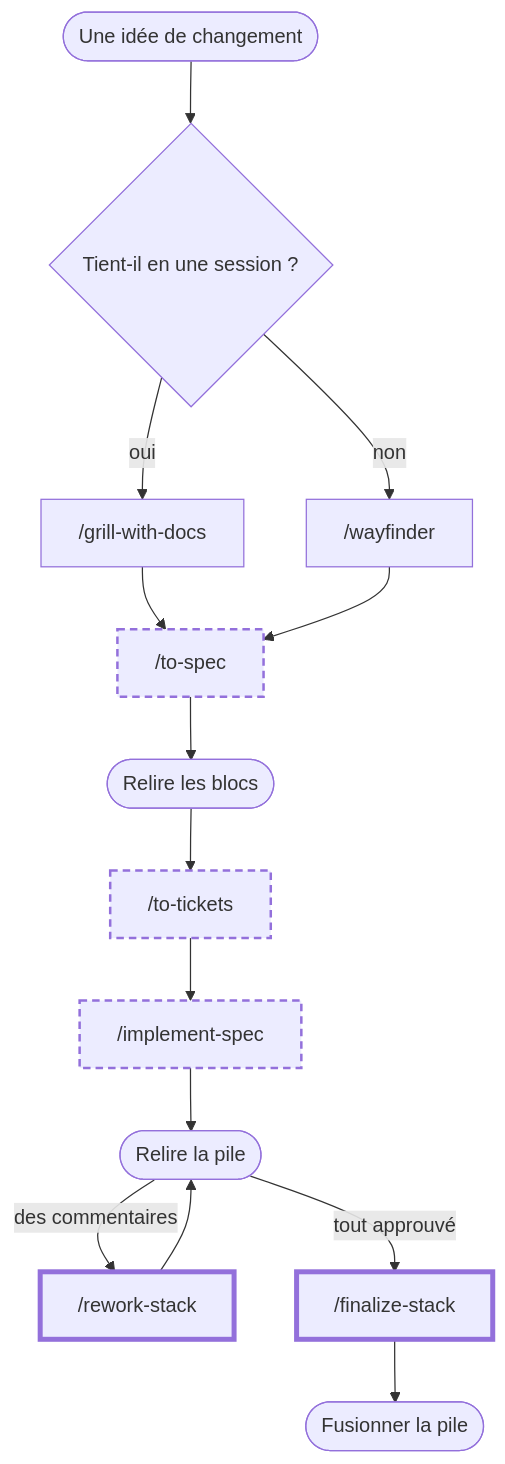
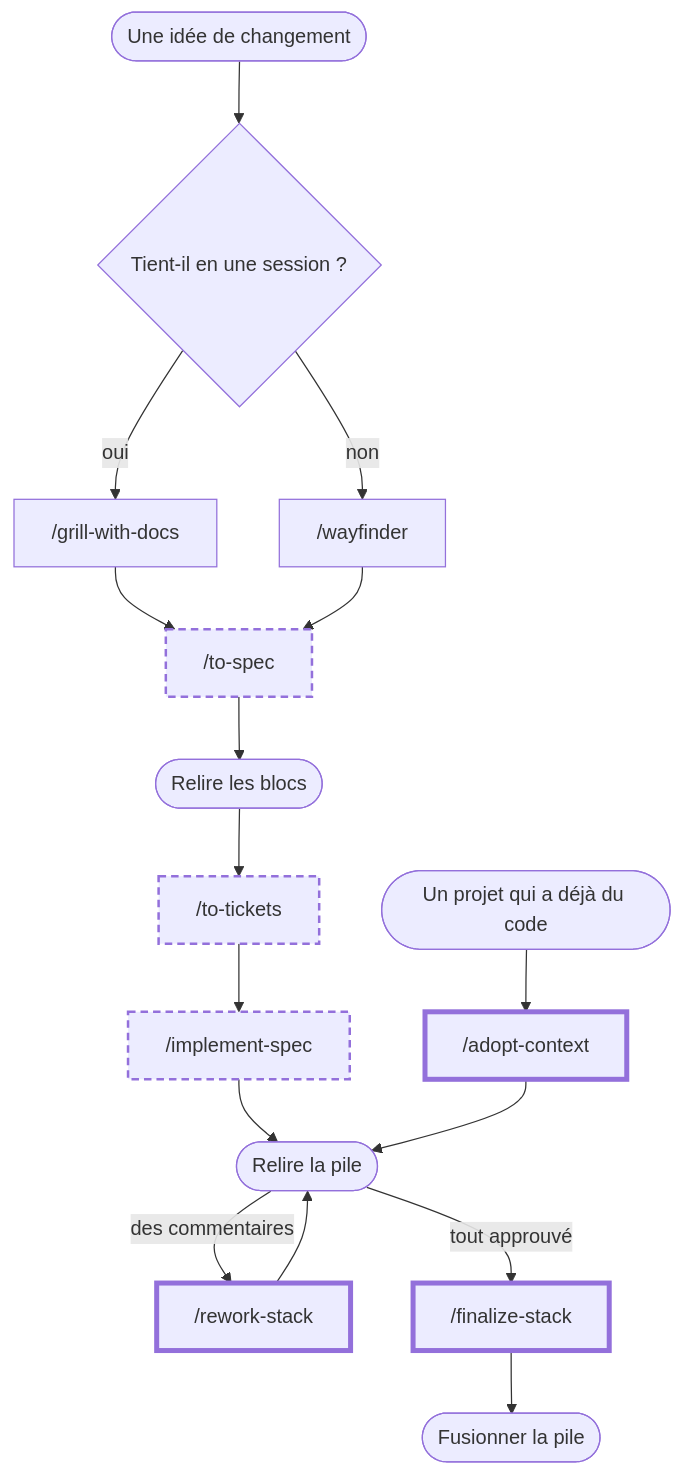
The diagram in README.md (charlouze/charlouze-skills), drawn with Mermaid before and after one commit. The commit also changed other lines of this file and 5 other files, not shown here.

First line of the commit message:
Ajoute l'adoption d'un contexte existant, /adopt-context

````diff
--- a/README.md
+++ b/README.md
@@ -7,21 +7,23 @@
 ```mermaid
 flowchart TD
     idee(["Une idée de changement"]) --> taille{"Tient-il en une session ?"}
     taille -- oui --> grill["/grill-with-docs"]
     taille -- non --> wayfinder["/wayfinder"]
     grill --> spec["/to-spec"]
     wayfinder --> spec
     spec --> blocs(["Relire les blocs"])
     blocs --> tickets["/to-tickets"]
     tickets --> enchainement["/implement-spec"]
     enchainement --> relecture(["Relire la pile"])
+    existant(["Un projet qui a déjà du code"]) --> adoption["/adopt-context"]
+    adoption --> relecture
     relecture -- "des commentaires" --> reprise["/rework-stack"]
     reprise --> relecture
     relecture -- "tout approuvé" --> finalisation["/finalize-stack"]
     finalisation --> fusion(["Fusionner la pile"])
 
     classDef completee stroke-dasharray:6 4,stroke-width:2px
     classDef ajoutee stroke-width:4px
     class spec,tickets,enchainement completee
-    class reprise,finalisation ajoutee
+    class adoption,reprise,finalisation ajoutee
 ```
````
